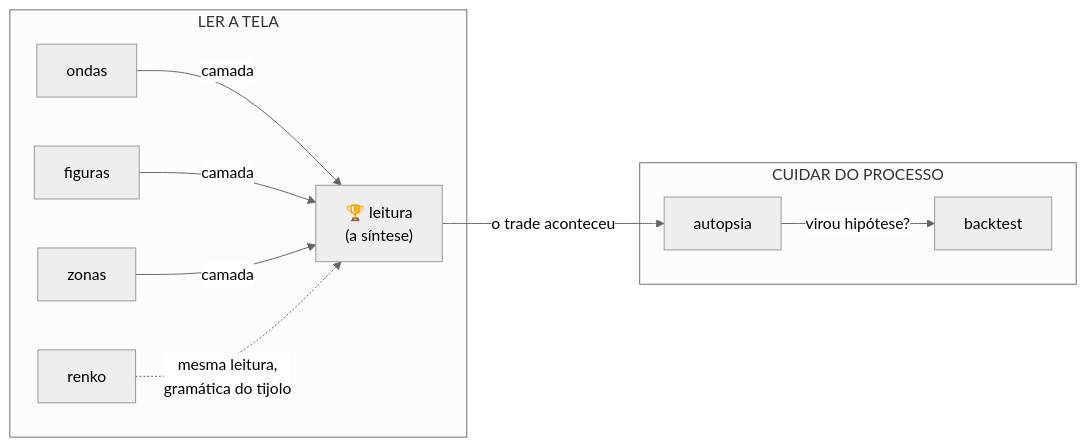
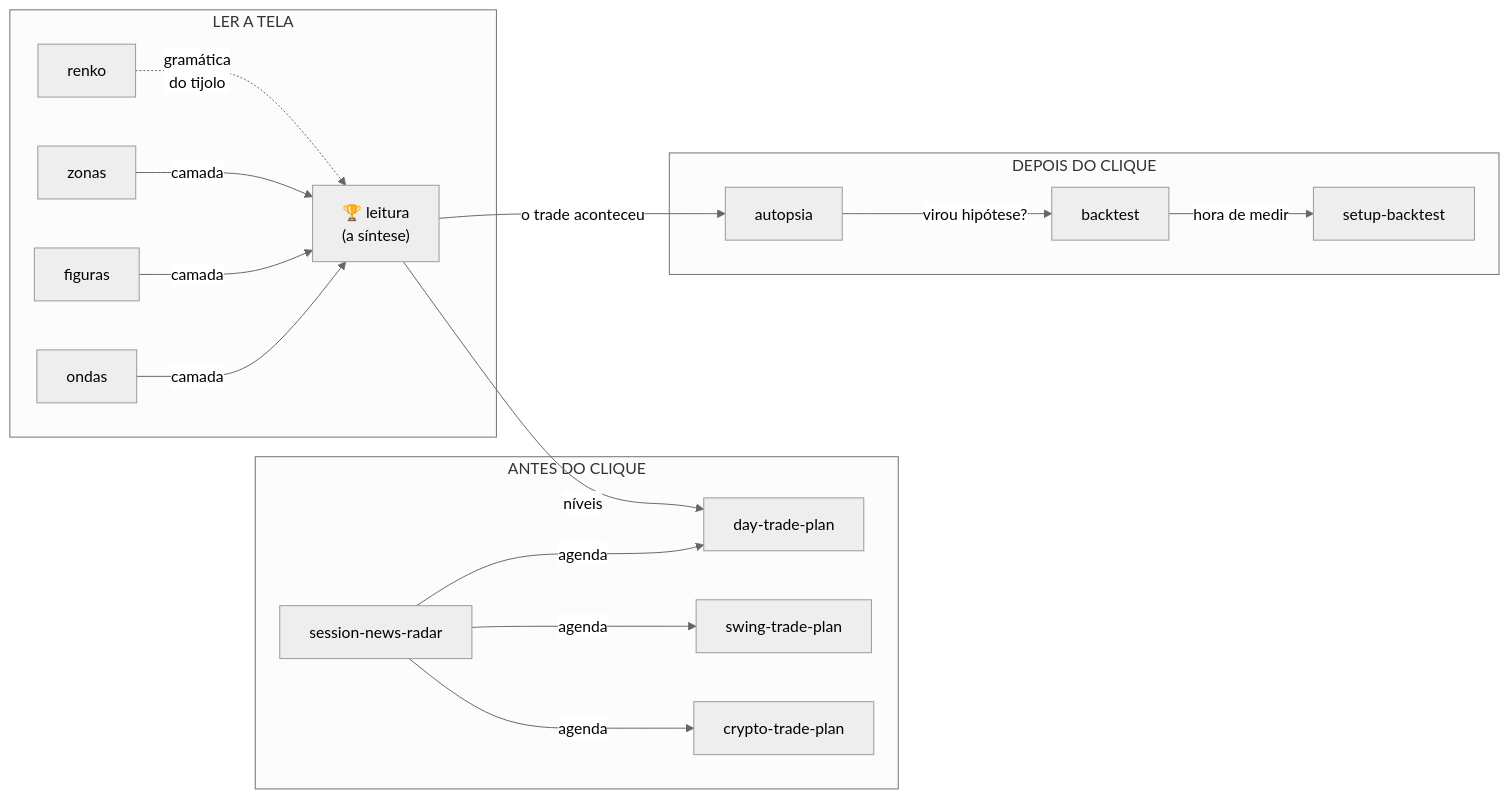
One commit to aaegisengine/aegis-skills changed the diagram in README.md. Above: the diagram before and after it, drawn with Mermaid (neutral theme). The commit also changed other lines of this file and 24 other files, not shown here.

First line of the commit message:
AEGIS SKILLS v1.1.0 — as 5 de mesa: day-trade-plan, session-news-radar, swing-trade-plan, crypto-trade-plan, setup-backtest

````diff
--- a/README.md
+++ b/README.md
@@ -47,20 +66,32 @@
 ```mermaid
 graph LR
+    subgraph "ANTES DO CLIQUE"
+        D[day-trade-plan]
+        N[session-news-radar]
+        S[swing-trade-plan]
+        C[crypto-trade-plan]
+    end
     subgraph "LER A TELA"
         L["🏆 leitura<br/>(a síntese)"]
         O[ondas]
         F[figuras]
         Z[zonas]
         R[renko]
     end
-    subgraph "CUIDAR DO PROCESSO"
+    subgraph "DEPOIS DO CLIQUE"
         A[autopsia]
         B[backtest]
+        T[setup-backtest]
     end
+    N -- agenda --> D
+    N -- agenda --> S
+    N -- agenda --> C
     O -- camada --> L
     F -- camada --> L
     Z -- camada --> L
-    R -. "mesma leitura,<br/>gramática do tijolo" .-> L
+    R -. "gramática<br/>do tijolo" .-> L
+    L -- níveis --> D
     L -- "o trade aconteceu" --> A
     A -- "virou hipótese?" --> B
+    B -- "hora de medir" --> T
 ```
````
